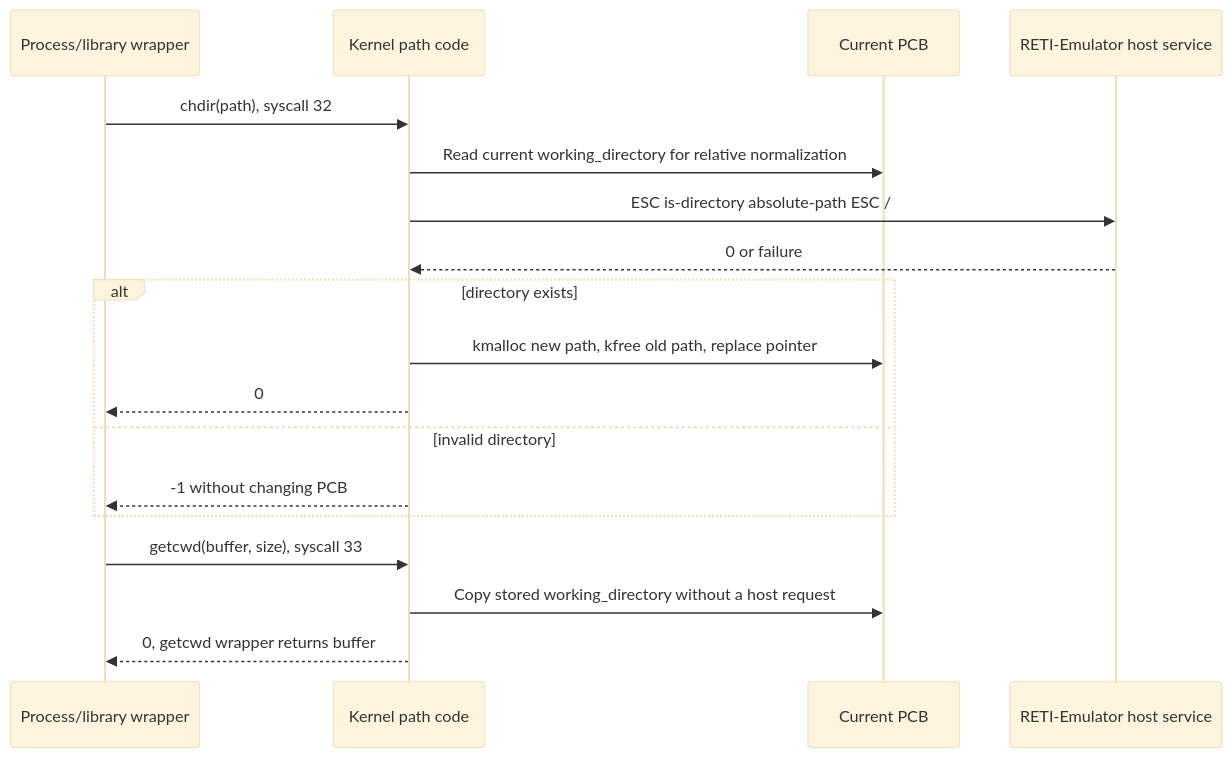
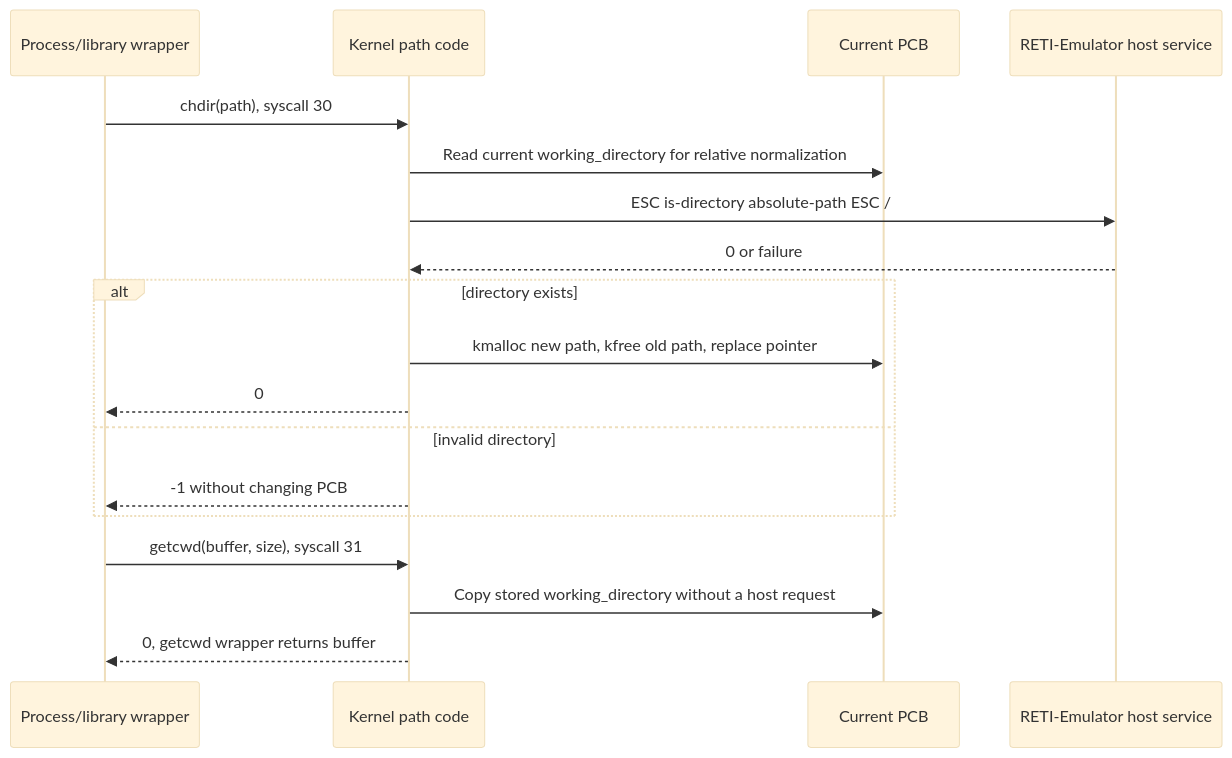
Diagram 23 of 30 in README.md (matthejue/Pico-OS), drawn with Mermaid (base theme) before and after one commit. The commit also changed other lines of this file and 8 other files, not shown here.

````diff
--- a/README.md
+++ b/README.md
@@ -3085,21 +3082,21 @@
 ```mermaid
 sequenceDiagram
     participant P as Process/library wrapper
     participant K as Kernel path code
     participant PCB as Current PCB
     participant E as RETI-Emulator host service
 
-    P->>K: chdir(path), syscall 32
+    P->>K: chdir(path), syscall 30
     K->>PCB: Read current working_directory for relative normalization
     K->>E: ESC is-directory absolute-path ESC /
     E-->>K: 0 or failure
     alt directory exists
         K->>PCB: kmalloc new path, kfree old path, replace pointer
         K-->>P: 0
     else invalid directory
         K-->>P: -1 without changing PCB
     end
-    P->>K: getcwd(buffer, size), syscall 33
+    P->>K: getcwd(buffer, size), syscall 31
     K->>PCB: Copy stored working_directory without a host request
     K-->>P: 0, getcwd wrapper returns buffer
 ```
````
